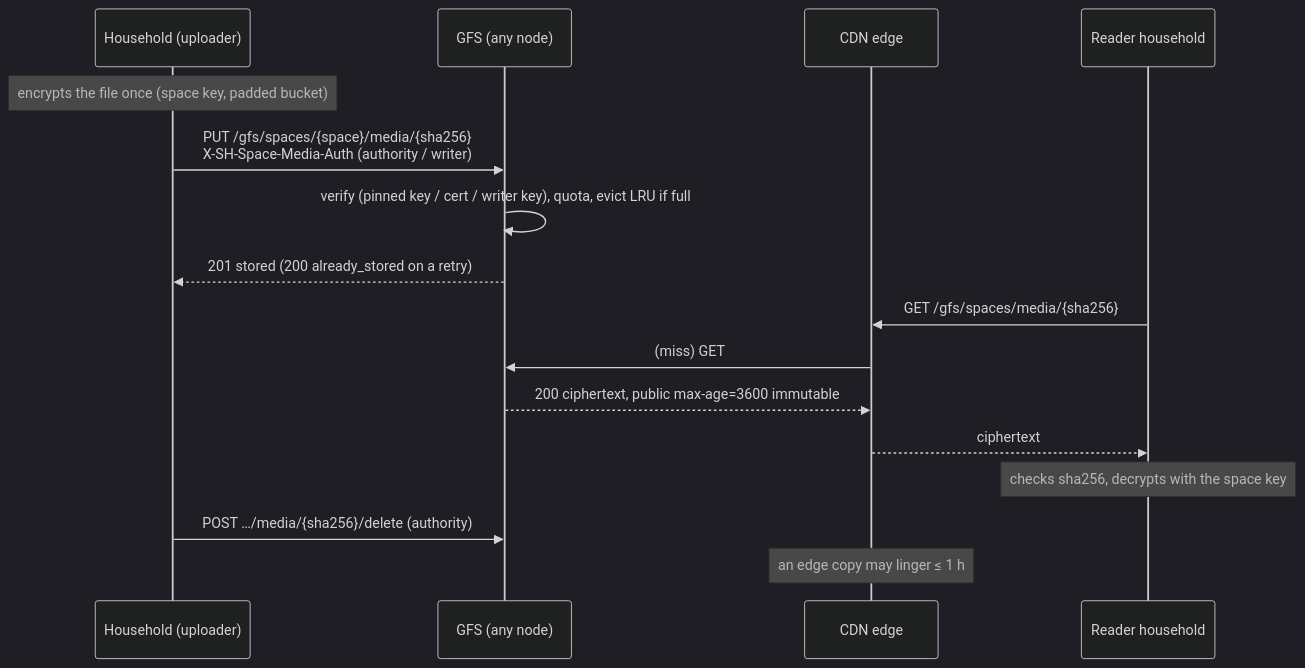
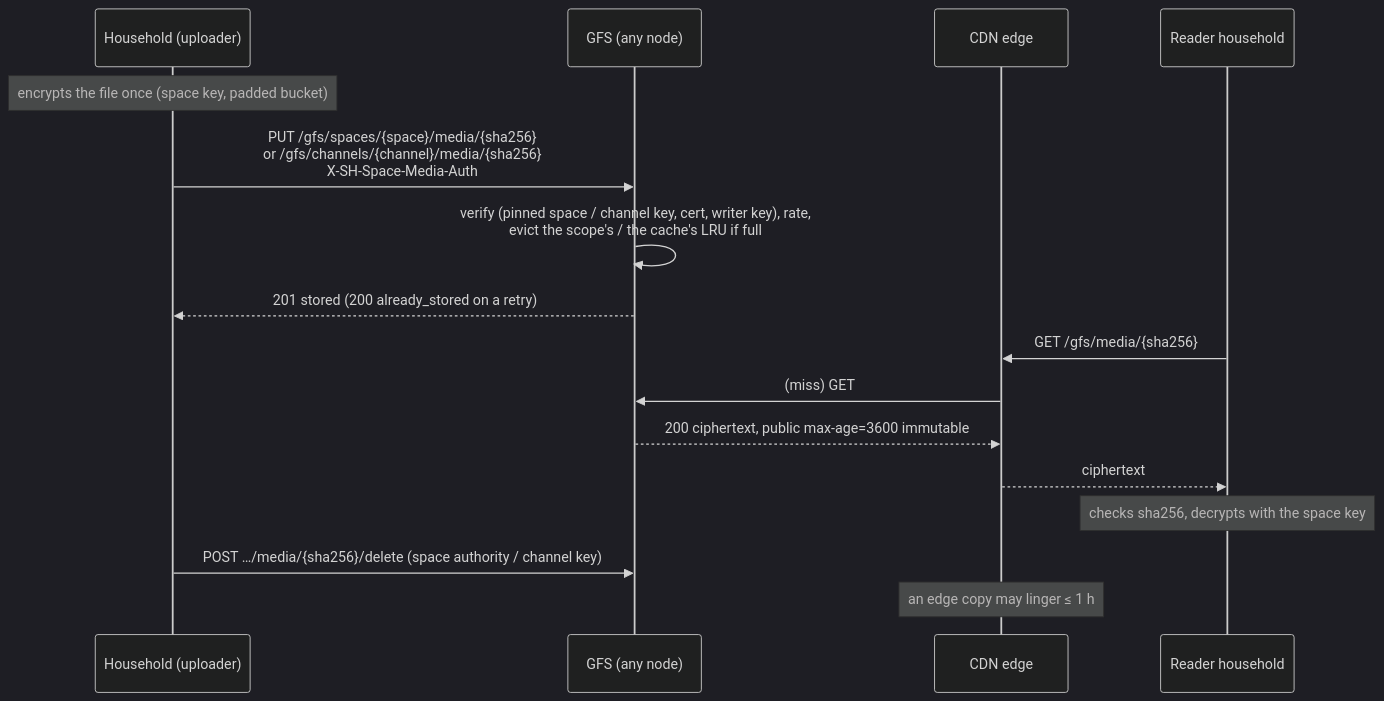
One commit to social-home-io/socialhome changed diagram 14 of 15 in docs/protocol/discovery.md. Above: the diagram before and after it, drawn with Mermaid (dark theme). The commit also changed other lines of this file and 26 other files, not shown here.

First line of the commit message:
GFS space media: a channel scope for private spaces, and a full space evicts instead of refusing

````diff
--- a/docs/protocol/discovery.md
+++ b/docs/protocol/discovery.md
@@ -3582,18 +3603,18 @@
 ```mermaid
 sequenceDiagram
     participant H as Household (uploader)
     participant G as GFS (any node)
     participant C as CDN edge
     participant R as Reader household
     Note over H: encrypts the file once (space key, padded bucket)
-    H->>G: PUT /gfs/spaces/{space}/media/{sha256}<br/>X-SH-Space-Media-Auth (authority / writer)
-    G->>G: verify (pinned key / cert / writer key), quota, evict LRU if full
+    H->>G: PUT /gfs/spaces/{space}/media/{sha256}<br/>or /gfs/channels/{channel}/media/{sha256}<br/>X-SH-Space-Media-Auth
+    G->>G: verify (pinned space / channel key, cert, writer key), rate,<br/>evict the scope's / the cache's LRU if full
     G-->>H: 201 stored (200 already_stored on a retry)
-    R->>C: GET /gfs/spaces/media/{sha256}
+    R->>C: GET /gfs/media/{sha256}
     C->>G: (miss) GET
     G-->>C: 200 ciphertext, public max-age=3600 immutable
     C-->>R: ciphertext
     Note over R: checks sha256, decrypts with the space key
-    H->>G: POST …/media/{sha256}/delete (authority)
+    H->>G: POST …/media/{sha256}/delete (space authority / channel key)
     Note over C: an edge copy may linger ≤ 1 h
 ```
````
